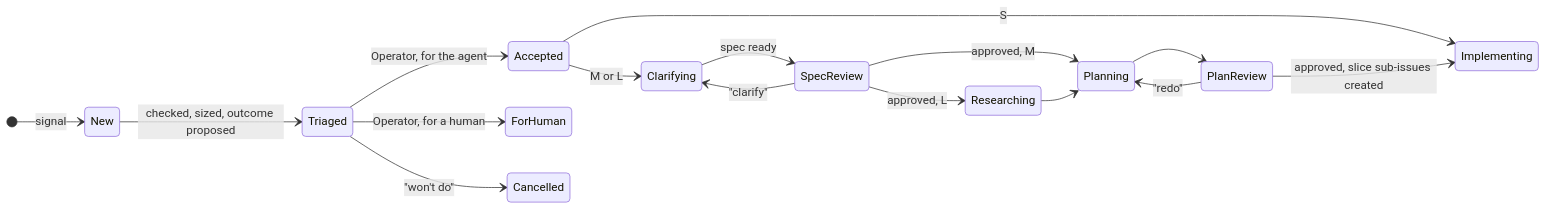
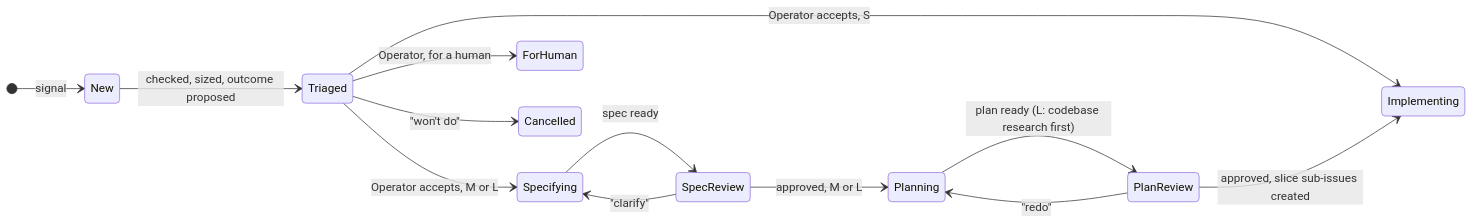
Before and after one commit to redikultsev/agentic-sdlc-atlas: the first of 2 diagrams in docs/states.md, drawn with Mermaid. The commit also changed other lines of this file and 5 other files, not shown here.

````diff
--- a/docs/states.md
+++ b/docs/states.md
@@ -7,19 +7,16 @@
 ```mermaid
 stateDiagram-v2
   direction LR
   [*] --> New: signal
   New --> Triaged: checked, sized, outcome proposed
-  Triaged --> Accepted: Operator, for the agent
+  Triaged --> Implementing: Operator accepts, S
+  Triaged --> Specifying: Operator accepts, M or L
   Triaged --> ForHuman: Operator, for a human
   Triaged --> Cancelled: "won't do"
-  Accepted --> Implementing: S
-  Accepted --> Clarifying: M or L
-  Clarifying --> SpecReview: spec ready
-  SpecReview --> Clarifying: "clarify"
-  SpecReview --> Researching: approved, L
-  SpecReview --> Planning: approved, M
-  Researching --> Planning
-  Planning --> PlanReview
+  Specifying --> SpecReview: spec ready
+  SpecReview --> Specifying: "clarify"
+  SpecReview --> Planning: approved, M or L
+  Planning --> PlanReview: plan ready (L: codebase research first)
   PlanReview --> Planning: "redo"
   PlanReview --> Implementing: approved, slice sub-issues created
 ```
````
